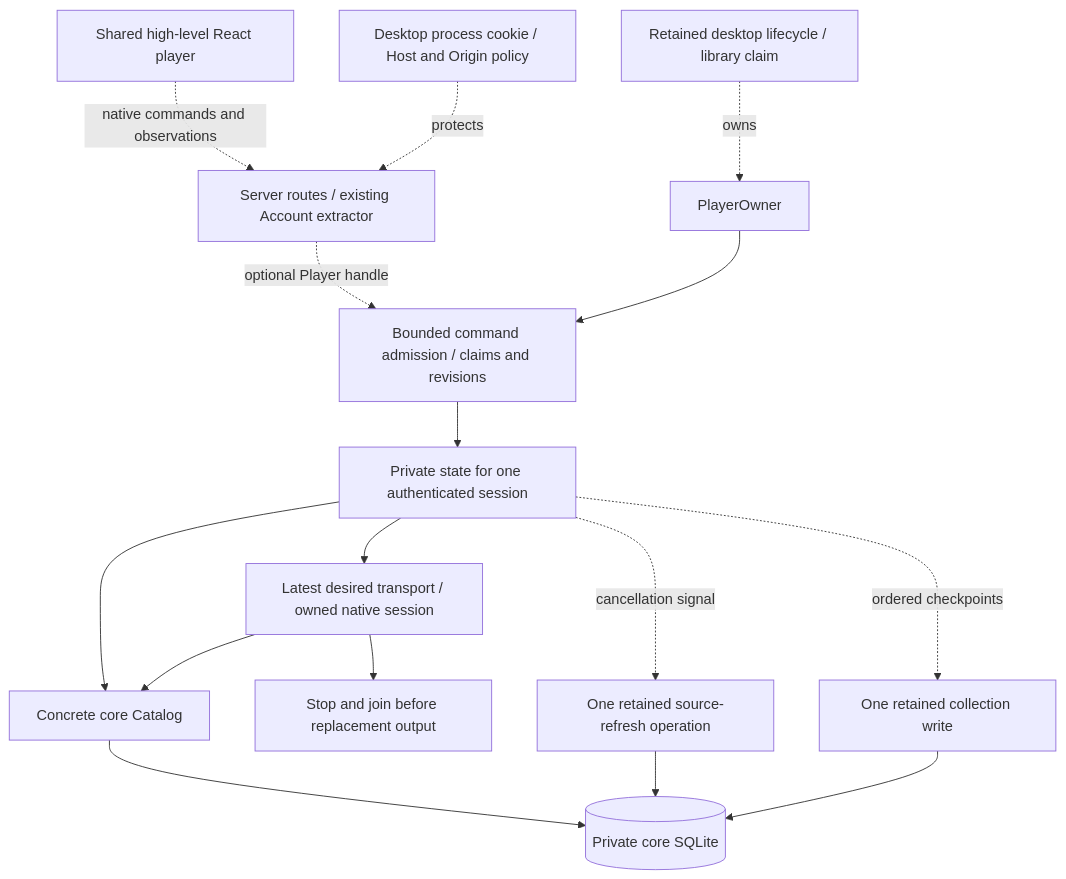
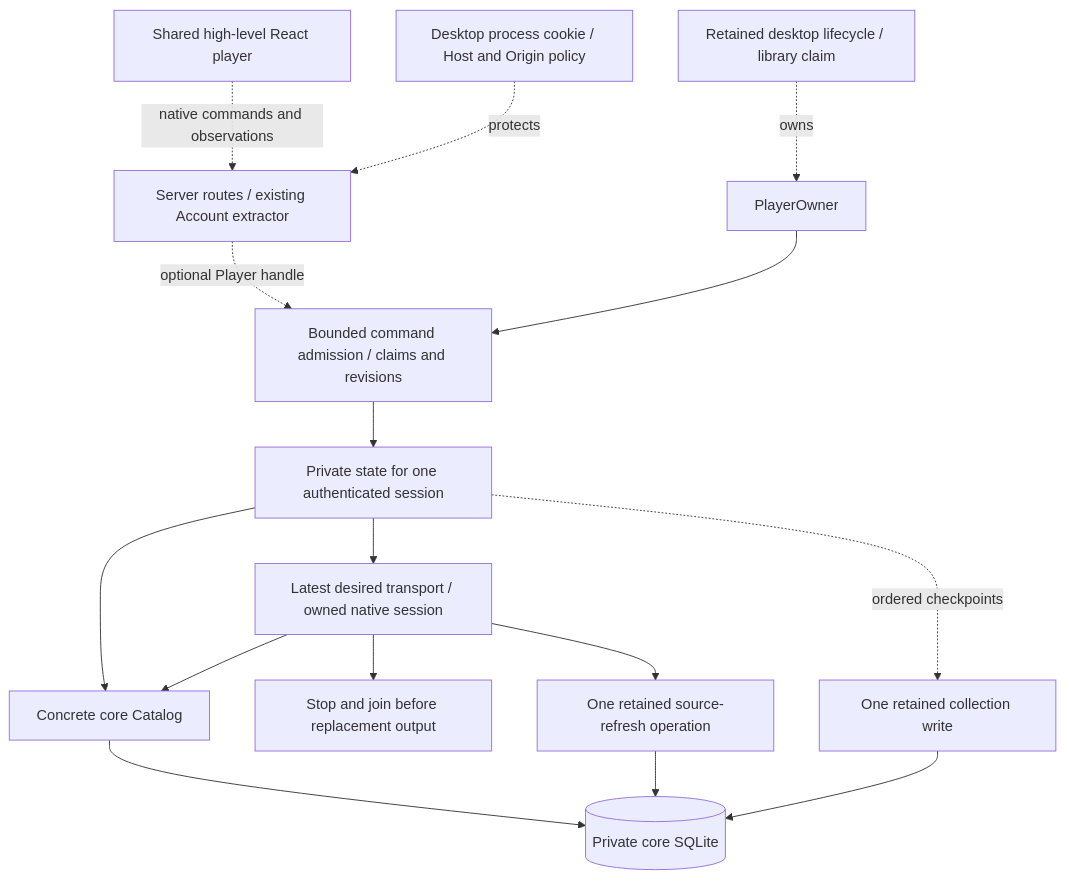
Before and after one commit to acidiney/hitoapp: the diagram in docs/native-coordinator.md, drawn with Mermaid. The commit also changed other lines of this file and 2 other files, not shown here.

Commit message:
Document implemented native source recovery and remaining application wiring

````diff
--- a/docs/native-coordinator.md
+++ b/docs/native-coordinator.md
@@ -9,18 +9,18 @@
 ```mermaid
 flowchart TB
   UI[Shared high-level React player] -. native commands and observations .-> HTTP[Server routes / existing Account extractor]
   Access[Desktop process cookie / Host and Origin policy] -. protects .-> HTTP
   HTTP -. optional Player handle .-> Admission[Bounded command admission / claims and revisions]
   Host[Retained desktop lifecycle / library claim] -. owns .-> Owner[PlayerOwner]
   Owner --> Admission
   Admission --> State[Private state for one authenticated session]
   State --> Catalog[Concrete core Catalog]
   State --> Native[Latest desired transport / owned native session]
   Native --> Catalog
   Native --> Join[Stop and join before replacement output]
-  State -. cancellation signal .-> Refresh[One retained source-refresh operation]
+  Native --> Refresh[One retained source-refresh operation]
   State -. ordered checkpoints .-> Progress[One retained collection write]
   Catalog --> DB[(Private core SQLite)]
   Refresh --> DB
   Progress --> DB
 ```
````
